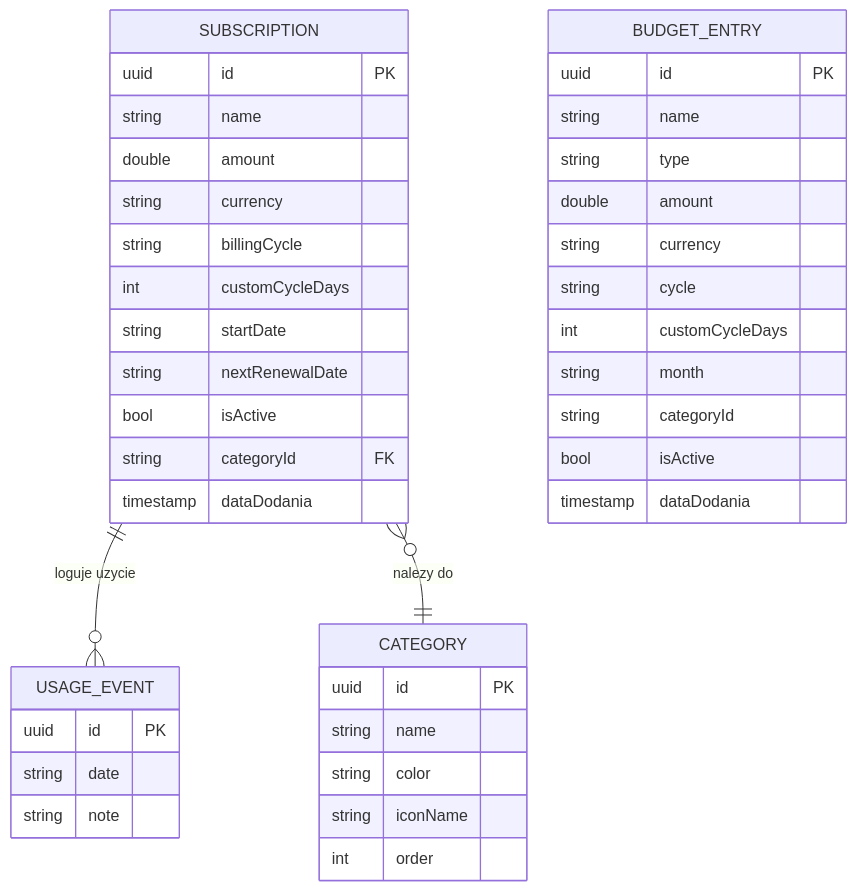
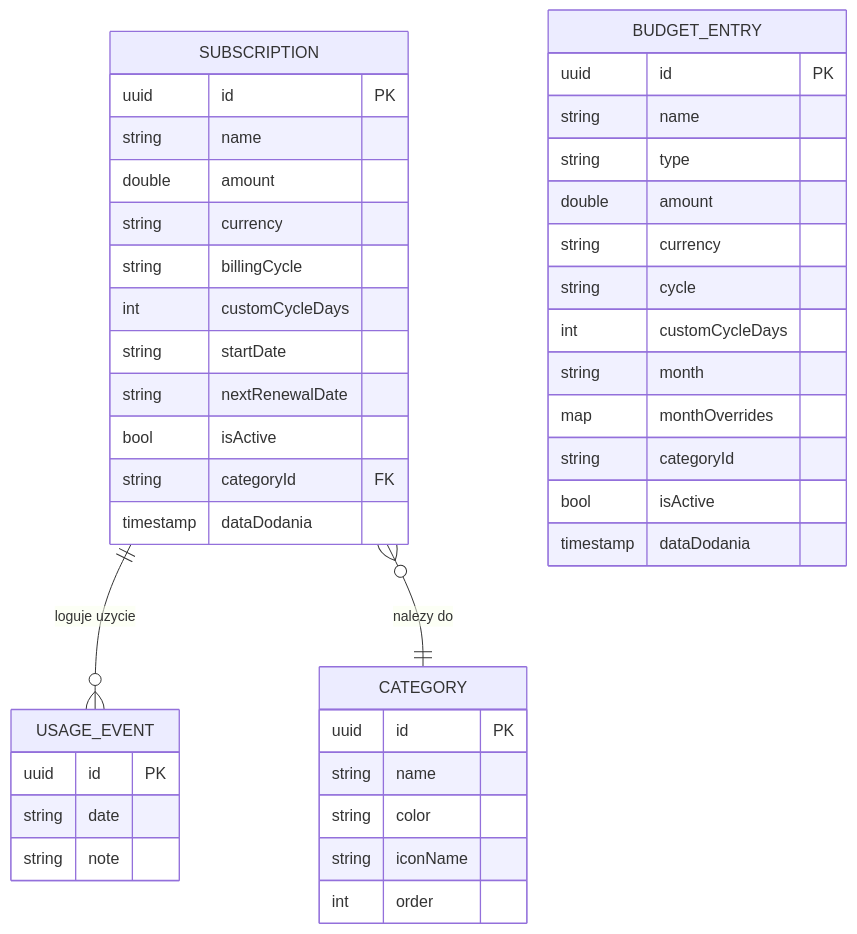
Before and after one commit to Rzempal/karton-subs: the diagram in docs/database.md, drawn with Mermaid. The commit also changed other lines of this file and 9 other files, not shown here.

````diff
--- a/docs/database.md
+++ b/docs/database.md
@@ -9,47 +9,48 @@
 ```mermaid
 erDiagram
     SUBSCRIPTION {
         uuid id PK
         string name
         double amount
         string currency
         string billingCycle
         int customCycleDays
         string startDate
         string nextRenewalDate
         bool isActive
         string categoryId FK
         timestamp dataDodania
     }
 
     SUBSCRIPTION ||--o{ USAGE_EVENT : "loguje uzycie"
     SUBSCRIPTION }o--|| CATEGORY : "nalezy do"
 
     USAGE_EVENT {
         uuid id PK
         string date
         string note
     }
 
     CATEGORY {
         uuid id PK
         string name
         string color
         string iconName
         int order
     }
 
     BUDGET_ENTRY {
         uuid id PK
         string name
         string type
         double amount
         string currency
         string cycle
         int customCycleDays
         string month
+        map monthOverrides
         string categoryId
         bool isActive
         timestamp dataDodania
     }
 ```
````
